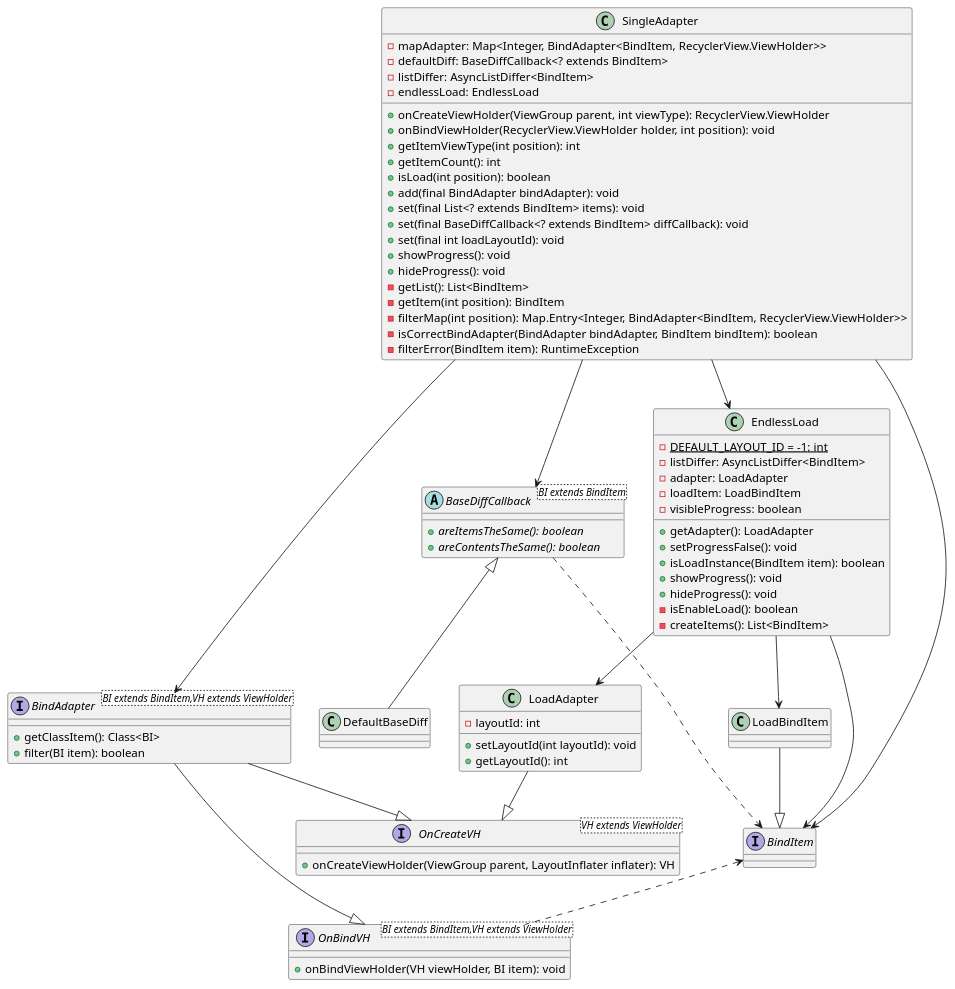
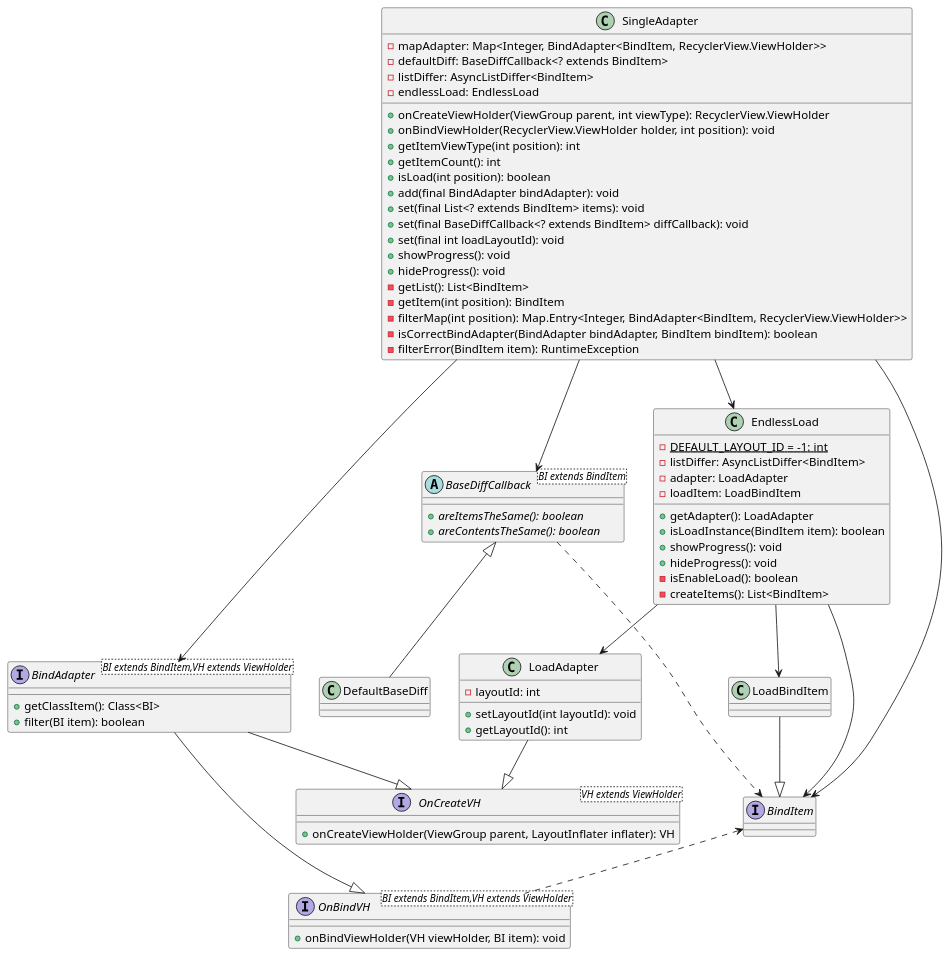
The diagram in app/src/main/java/com/utility/adapters/Diagram.puml (vanskarner/SingleAdapter), drawn with PlantUML before and after one commit. The commit also changed 3 other files, not shown here.

```diff
--- a/app/src/main/java/com/utility/adapters/Diagram.puml
+++ b/app/src/main/java/com/utility/adapters/Diagram.puml
@@ -1,79 +1,77 @@
 @startuml
 'https://plantuml.com/class-diagram
 class SingleAdapter{
     - mapAdapter: Map<Integer, BindAdapter<BindItem, RecyclerView.ViewHolder>>
     - defaultDiff: BaseDiffCallback<? extends BindItem>
     - listDiffer: AsyncListDiffer<BindItem>
     - endlessLoad: EndlessLoad
 
     + onCreateViewHolder(ViewGroup parent, int viewType): RecyclerView.ViewHolder
     + onBindViewHolder(RecyclerView.ViewHolder holder, int position): void
     + getItemViewType(int position): int
     + getItemCount(): int
     + isLoad(int position): boolean
     + add(final BindAdapter bindAdapter): void
     + set(final List<? extends BindItem> items): void
     + set(final BaseDiffCallback<? extends BindItem> diffCallback): void
     + set(final int loadLayoutId): void
     + showProgress(): void
     + hideProgress(): void
     - getList(): List<BindItem>
     - getItem(int position): BindItem
     - filterMap(int position): Map.Entry<Integer, BindAdapter<BindItem, RecyclerView.ViewHolder>>
     - isCorrectBindAdapter(BindAdapter bindAdapter, BindItem bindItem): boolean
     - filterError(BindItem item): RuntimeException
 }
 class EndlessLoad{
     - {static} DEFAULT_LAYOUT_ID = -1: int
     - listDiffer: AsyncListDiffer<BindItem>
     - adapter: LoadAdapter
     - loadItem: LoadBindItem
-    - visibleProgress: boolean
 
     + getAdapter(): LoadAdapter
-    + setProgressFalse(): void
     + isLoadInstance(BindItem item): boolean
     + showProgress(): void
     + hideProgress(): void
     - isEnableLoad(): boolean
     - createItems(): List<BindItem>
 }
 class LoadAdapter{
     - layoutId: int
     + setLayoutId(int layoutId): void
     + getLayoutId(): int
 }
 class LoadBindItem
 abstract class BaseDiffCallback<BI extends BindItem>{
     + {abstract} areItemsTheSame(): boolean
     + {abstract} areContentsTheSame(): boolean
 }
 class DefaultBaseDiff
 interface BindItem
 interface OnCreateVH<VH extends ViewHolder>{
     + onCreateViewHolder(ViewGroup parent, LayoutInflater inflater): VH
 }
 interface OnBindVH<BI extends BindItem,VH extends ViewHolder>{
     + onBindViewHolder(VH viewHolder, BI item): void
 }
 interface BindAdapter<BI extends BindItem,VH extends ViewHolder>{
     + getClassItem(): Class<BI>
     + filter(BI item): boolean
 }
 
 SingleAdapter --> BindAdapter
 SingleAdapter --> BindItem
 SingleAdapter --> BaseDiffCallback
 SingleAdapter --> EndlessLoad
 BindItem <.. OnBindVH
 BindAdapter --|> OnCreateVH
 BindAdapter --|> OnBindVH
 BaseDiffCallback ..> BindItem
 BaseDiffCallback <|-- DefaultBaseDiff
 EndlessLoad --> BindItem
 EndlessLoad --> LoadAdapter
 EndlessLoad --> LoadBindItem
 LoadAdapter --|> OnCreateVH
 LoadBindItem --|> BindItem
 
 @enduml
```
